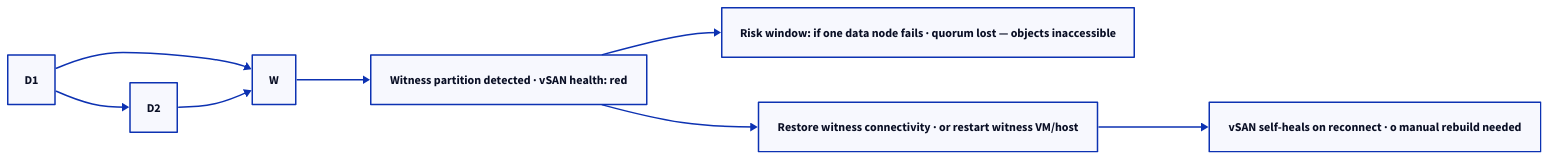
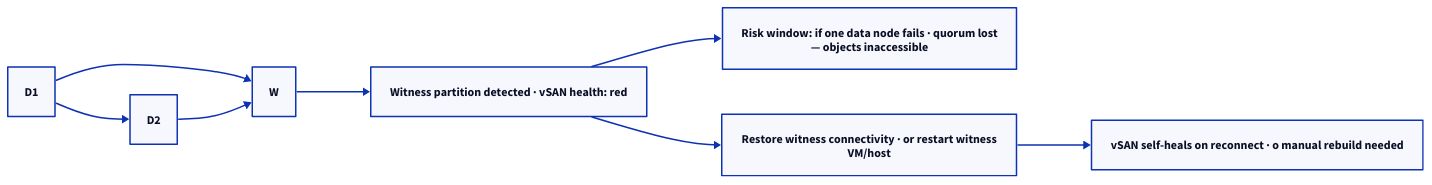
The diagram in docs/virtualization/vmware/topics/scenarios/vsan-witness-unreachable.md (canast01/chris-kb), drawn with D2 before and after one commit. The commit also changed other lines of this file and 192 other files, not shown here.

````diff
--- a/docs/virtualization/vmware/topics/scenarios/vsan-witness-unreachable.md
+++ b/docs/virtualization/vmware/topics/scenarios/vsan-witness-unreachable.md
@@ -20,19 +20,19 @@
 ```d2
 direction: right
 
 D1: "D1" {shape: rectangle}
 D2: "D2" {shape: rectangle}
 W: "W" {shape: rectangle}
 LOST: "Witness partition detected · vSAN health: red" {shape: rectangle}
-RISK: "Risk window: if one data node fails · quorum lost — objects inaccessible" {shape: rectangle}
-ACTION: "Restore witness connectivity · or restart witness VM/host" {shape: rectangle}
+RISK: "Risk window: if one data node fails · quorum lost\n— objects inaccessible" {shape: rectangle}
+ACTION: "Restore witness connectivity · or restart witness\nVM/host" {shape: rectangle}
 HEAL: "vSAN self-heals on reconnect · o manual rebuild needed" {shape: rectangle}
 
 D1 -> D2
 D1 -> W
 D2 -> W
 W -> LOST
 LOST -> RISK
 LOST -> ACTION
 ACTION -> HEAL
 ```
````
